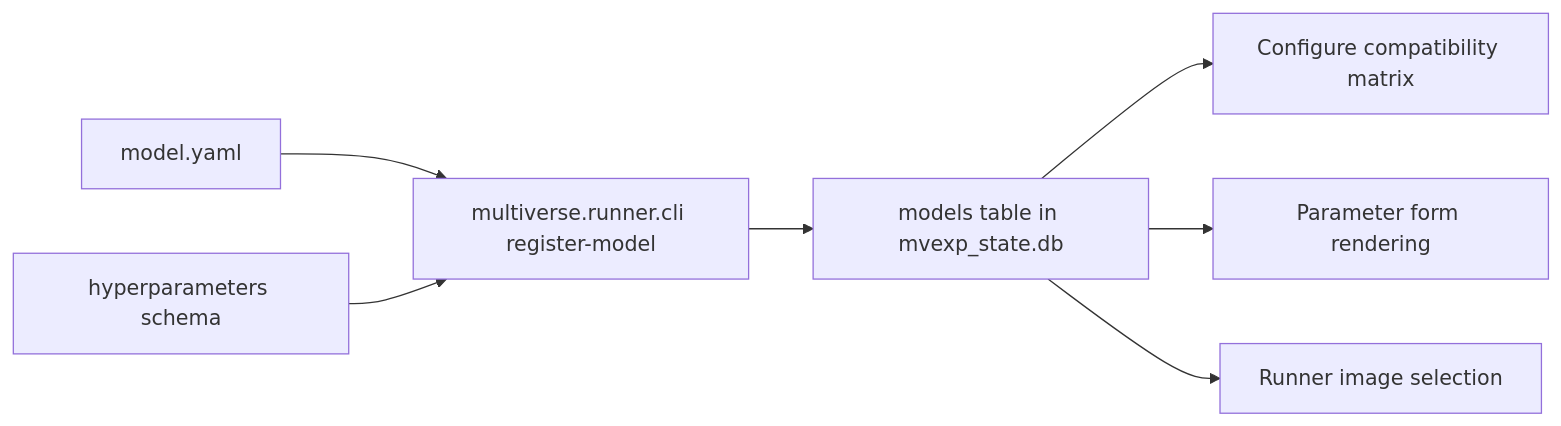
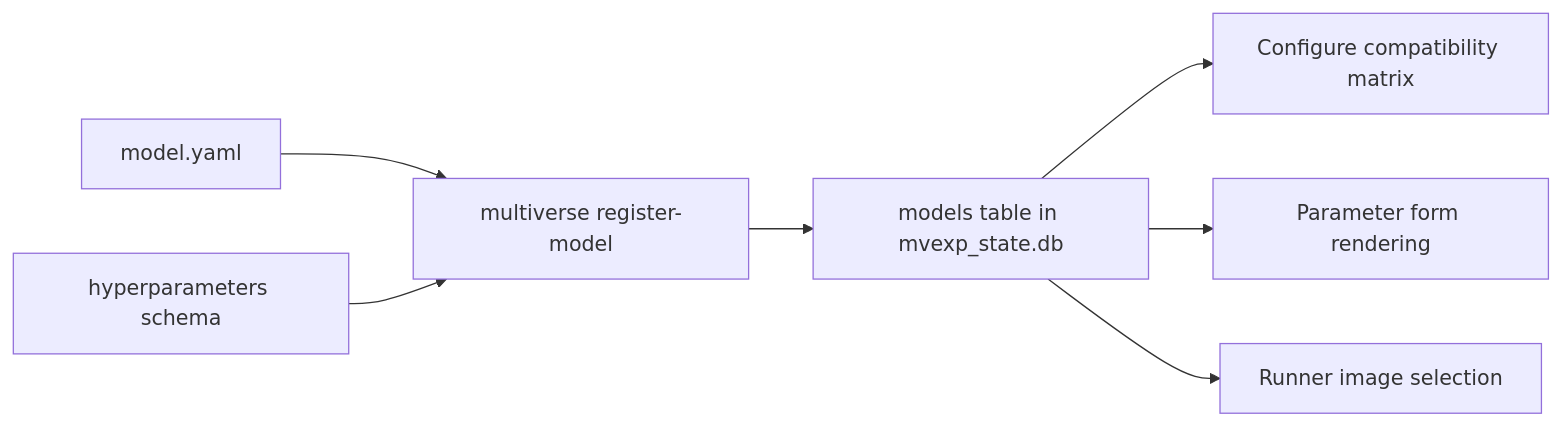
One commit to sifrimlab/multiverse changed the diagram in docs/MODEL_REGISTRATION.md. Above: the diagram before and after it, drawn with Mermaid. The commit also changed other lines of this file and 105 other files, not shown here.

````diff
--- a/docs/MODEL_REGISTRATION.md
+++ b/docs/MODEL_REGISTRATION.md
@@ -9,9 +9,9 @@
 ```mermaid
 flowchart LR
-    A[model.yaml] --> B[multiverse.runner.cli register-model]
+    A[model.yaml] --> B[multiverse register-model]
     C[hyperparameters schema] --> B
     B --> D[models table in mvexp_state.db]
     D --> E[Configure compatibility matrix]
     D --> F[Parameter form rendering]
     D --> G[Runner image selection]
 ```
````
